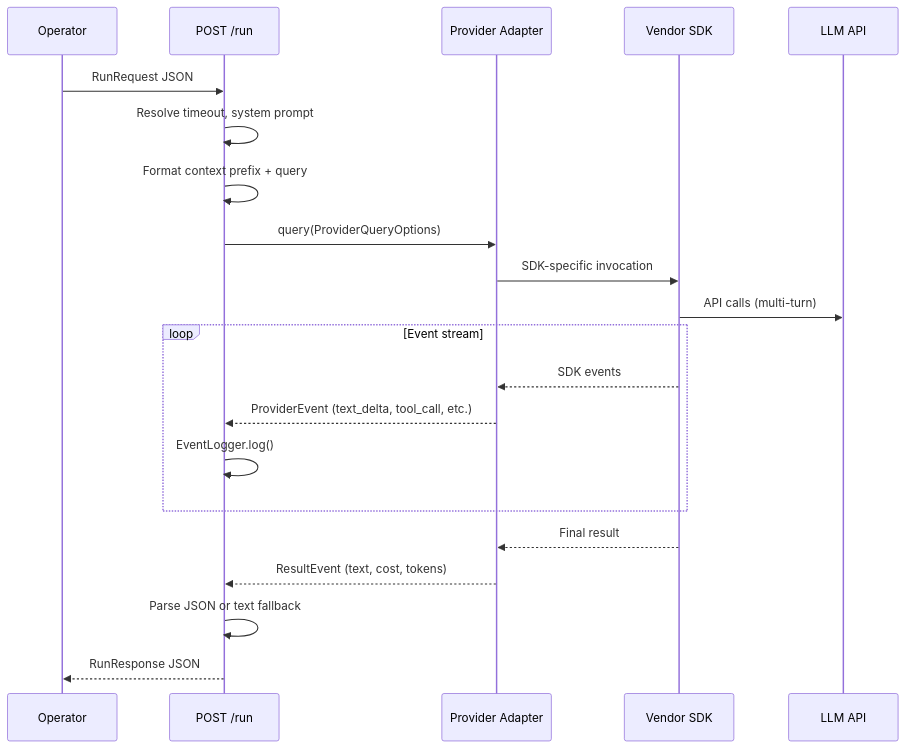
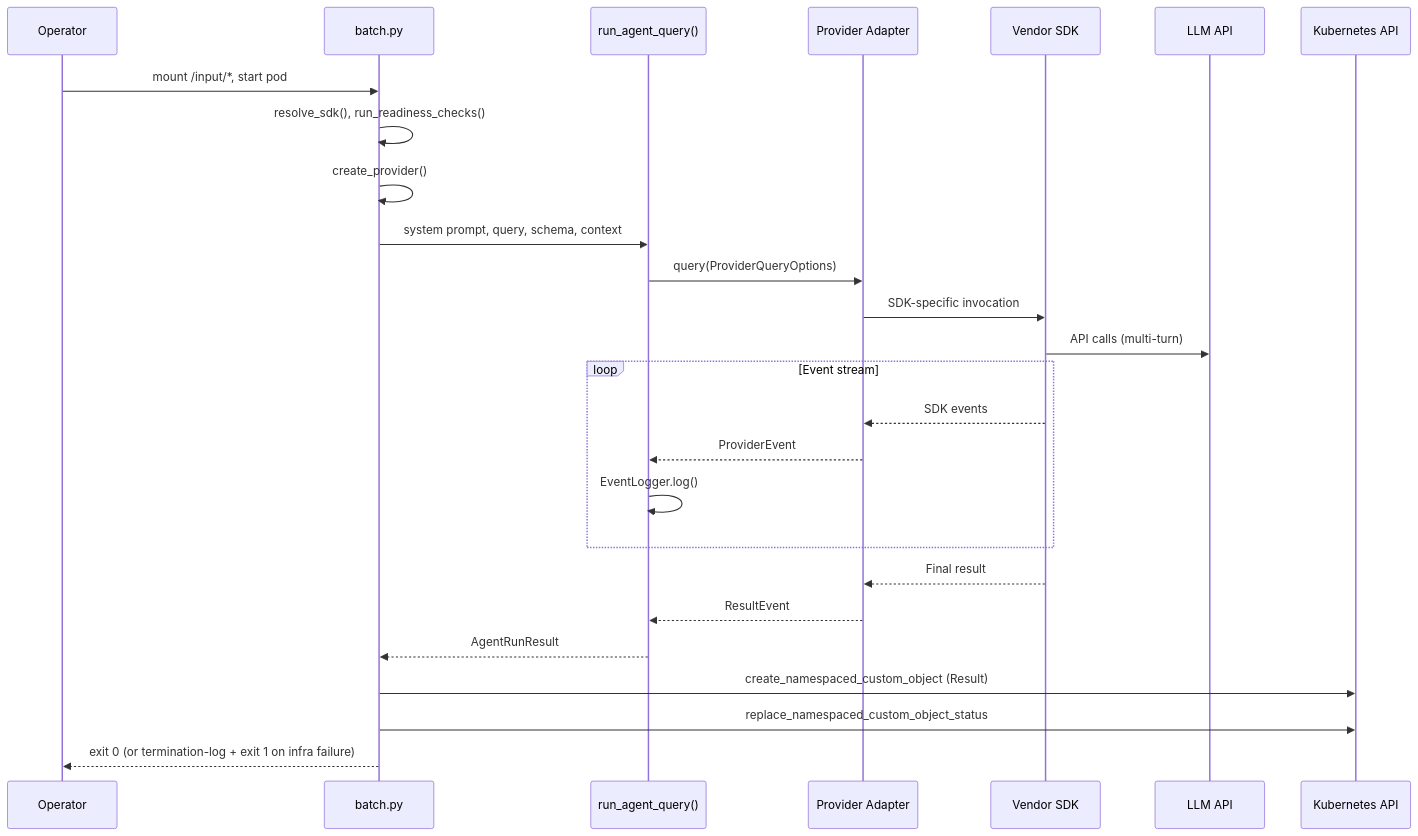
One commit to blublinsky/lightspeed-agentic-sandbox changed the third of 4 diagrams in ARCHITECTURE.md. Above: the diagram before and after it, drawn with Mermaid. The commit also changed other lines of this file and 53 other files, not shown here.

````diff
--- a/ARCHITECTURE.md
+++ b/ARCHITECTURE.md
@@ -79,26 +84,31 @@
 ```mermaid
 sequenceDiagram
     participant Op as Operator
-    participant Route as POST /run
+    participant Batch as batch.py
+    participant Agent as run_agent_query()
     participant Provider as Provider Adapter
     participant SDK as Vendor SDK
     participant LLM as LLM API
+    participant K8s as Kubernetes API
 
-    Op->>Route: RunRequest JSON
-    Route->>Route: Resolve timeout, system prompt
-    Route->>Route: Format context prefix + query
-    Route->>Provider: query(ProviderQueryOptions)
+    Op->>Batch: mount /input/*, start pod
+    Batch->>Batch: resolve_sdk(), run_readiness_checks()
+    Batch->>Batch: create_provider()
+    Batch->>Agent: system prompt, query, schema, context
+    Agent->>Provider: query(ProviderQueryOptions)
     Provider->>SDK: SDK-specific invocation
     SDK->>LLM: API calls (multi-turn)
 
     loop Event stream
         SDK-->>Provider: SDK events
-        Provider-->>Route: ProviderEvent (text_delta, tool_call, etc.)
-        Route->>Route: EventLogger.log()
+        Provider-->>Agent: ProviderEvent
+        Agent->>Agent: EventLogger.log()
     end
 
     SDK-->>Provider: Final result
-    Provider-->>Route: ResultEvent (text, cost, tokens)
-    Route->>Route: Parse JSON or text fallback
-    Route-->>Op: RunResponse JSON
+    Provider-->>Agent: ResultEvent
+    Agent-->>Batch: AgentRunResult
+    Batch->>K8s: create_namespaced_custom_object (Result)
+    Batch->>K8s: replace_namespaced_custom_object_status
+    Batch-->>Op: exit 0 (or termination-log + exit 1 on infra failure)
 ```
````
